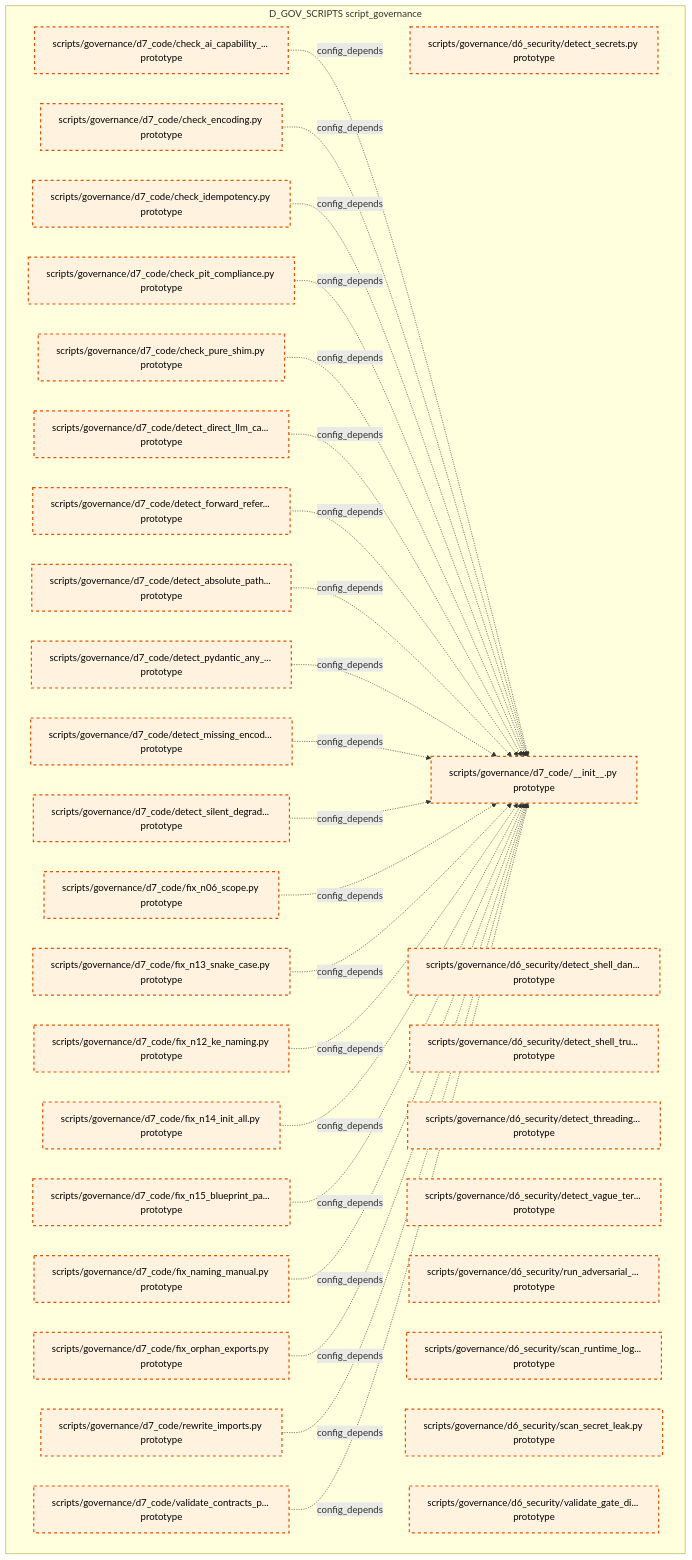
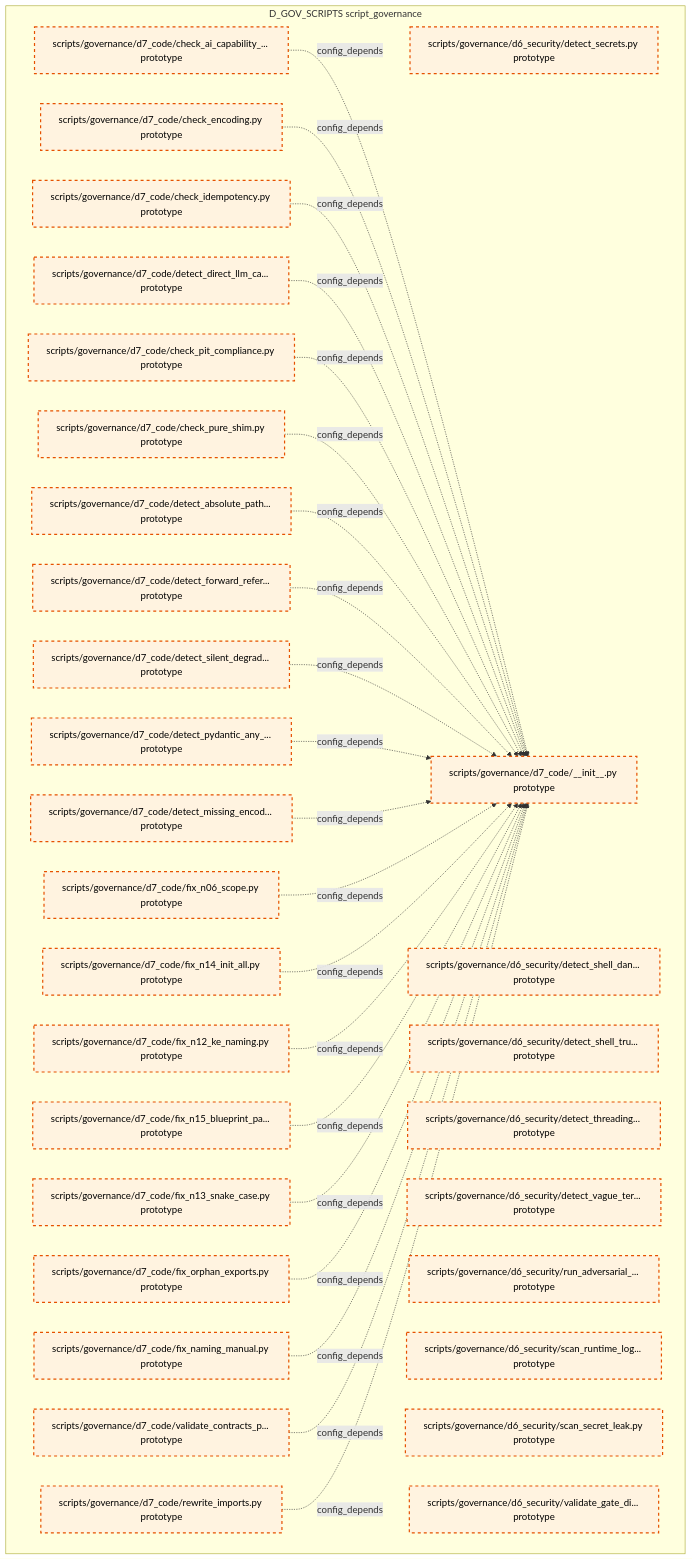
One commit to xuanFelixVan/ZephyrAlpha changed the tenth of 15 diagrams in docs/02_enterprise_architecture/02_domain_architecture_docs/36_d_gov_scripts.md. Above: the diagram before and after it, drawn with Mermaid. The commit also changed other lines of this file and 99 other files, not shown here.

````diff
--- a/docs/02_enterprise_architecture/02_domain_architecture_docs/36_d_gov_scripts.md
+++ b/docs/02_enterprise_architecture/02_domain_architecture_docs/36_d_gov_scripts.md
@@ -686,60 +687,60 @@
 ```mermaid
 graph TD
     subgraph D_GOV_SCRIPTS["D_GOV_SCRIPTS script_governance"]
         scripts_governance_d6_security_detect_secrets_py["scripts/governance/d6_security/detect_secrets.py prototype"]
         scripts_governance_d6_security_detect_shell_dangerous_py["scripts/governance/d6_security/detect_shell_dan... prototype"]
         scripts_governance_d6_security_detect_shell_true_py["scripts/governance/d6_security/detect_shell_tru... prototype"]
         scripts_governance_d6_security_detect_threading_lock_py["scripts/governance/d6_security/detect_threading... prototype"]
         scripts_governance_d6_security_detect_vague_terms_py["scripts/governance/d6_security/detect_vague_ter... prototype"]
         scripts_governance_d6_security_run_adversarial_checks_py["scripts/governance/d6_security/run_adversarial_... prototype"]
         scripts_governance_d6_security_scan_runtime_log_secrets_py["scripts/governance/d6_security/scan_runtime_log... prototype"]
         scripts_governance_d6_security_scan_secret_leak_py["scripts/governance/d6_security/scan_secret_leak.py prototype"]
         scripts_governance_d6_security_validate_gate_discipline_py["scripts/governance/d6_security/validate_gate_di... prototype"]
         scripts_governance_d7_code_init_py["scripts/governance/d7_code/__init__.py prototype"]
         scripts_governance_d7_code_check_ai_capability_boundary_py["scripts/governance/d7_code/check_ai_capability_... prototype"]
         scripts_governance_d7_code_check_encoding_py["scripts/governance/d7_code/check_encoding.py prototype"]
         scripts_governance_d7_code_check_idempotency_py["scripts/governance/d7_code/check_idempotency.py prototype"]
         scripts_governance_d7_code_check_pit_compliance_py["scripts/governance/d7_code/check_pit_compliance.py prototype"]
         scripts_governance_d7_code_check_pure_shim_py["scripts/governance/d7_code/check_pure_shim.py prototype"]
         scripts_governance_d7_code_detect_absolute_path_hardcoding_py["scripts/governance/d7_code/detect_absolute_path... prototype"]
         scripts_governance_d7_code_detect_direct_llm_calls_py["scripts/governance/d7_code/detect_direct_llm_ca... prototype"]
         scripts_governance_d7_code_detect_forward_reference_py["scripts/governance/d7_code/detect_forward_refer... prototype"]
         scripts_governance_d7_code_detect_missing_encoding_py["scripts/governance/d7_code/detect_missing_encod... prototype"]
         scripts_governance_d7_code_detect_pydantic_any_fields_py["scripts/governance/d7_code/detect_pydantic_any_... prototype"]
         scripts_governance_d7_code_detect_silent_degradation_py["scripts/governance/d7_code/detect_silent_degrad... prototype"]
         scripts_governance_d7_code_fix_n06_scope_py["scripts/governance/d7_code/fix_n06_scope.py prototype"]
         scripts_governance_d7_code_fix_n12_ke_naming_py["scripts/governance/d7_code/fix_n12_ke_naming.py prototype"]
         scripts_governance_d7_code_fix_n13_snake_case_py["scripts/governance/d7_code/fix_n13_snake_case.py prototype"]
         scripts_governance_d7_code_fix_n14_init_all_py["scripts/governance/d7_code/fix_n14_init_all.py prototype"]
         scripts_governance_d7_code_fix_n15_blueprint_path_py["scripts/governance/d7_code/fix_n15_blueprint_pa... prototype"]
         scripts_governance_d7_code_fix_naming_manual_py["scripts/governance/d7_code/fix_naming_manual.py prototype"]
         scripts_governance_d7_code_fix_orphan_exports_py["scripts/governance/d7_code/fix_orphan_exports.py prototype"]
         scripts_governance_d7_code_rewrite_imports_py["scripts/governance/d7_code/rewrite_imports.py prototype"]
         scripts_governance_d7_code_validate_contracts_purity_py["scripts/governance/d7_code/validate_contracts_p... prototype"]
     end
     scripts_governance_d7_code_check_ai_capability_boundary_py -.->|config_depends| scripts_governance_d7_code_init_py
     scripts_governance_d7_code_check_encoding_py -.->|config_depends| scripts_governance_d7_code_init_py
     scripts_governance_d7_code_check_idempotency_py -.->|config_depends| scripts_governance_d7_code_init_py
+    scripts_governance_d7_code_detect_direct_llm_calls_py -.->|config_depends| scripts_governance_d7_code_init_py
     scripts_governance_d7_code_check_pit_compliance_py -.->|config_depends| scripts_governance_d7_code_init_py
     scripts_governance_d7_code_check_pure_shim_py -.->|config_depends| scripts_governance_d7_code_init_py
-    scripts_governance_d7_code_detect_direct_llm_calls_py -.->|config_depends| scripts_governance_d7_code_init_py
+    scripts_governance_d7_code_detect_absolute_path_hardcoding_py -.->|config_depends| scripts_governance_d7_code_init_py
     scripts_governance_d7_code_detect_forward_reference_py -.->|config_depends| scripts_governance_d7_code_init_py
-    scripts_governance_d7_code_detect_absolute_path_hardcoding_py -.->|config_depends| scripts_governance_d7_code_init_py
+    scripts_governance_d7_code_detect_silent_degradation_py -.->|config_depends| scripts_governance_d7_code_init_py
     scripts_governance_d7_code_detect_pydantic_any_fields_py -.->|config_depends| scripts_governance_d7_code_init_py
     scripts_governance_d7_code_detect_missing_encoding_py -.->|config_depends| scripts_governance_d7_code_init_py
-    scripts_governance_d7_code_detect_silent_degradation_py -.->|config_depends| scripts_governance_d7_code_init_py
     scripts_governance_d7_code_fix_n06_scope_py -.->|config_depends| scripts_governance_d7_code_init_py
+    scripts_governance_d7_code_fix_n14_init_all_py -.->|config_depends| scripts_governance_d7_code_init_py
+    scripts_governance_d7_code_fix_n12_ke_naming_py -.->|config_depends| scripts_governance_d7_code_init_py
+    scripts_governance_d7_code_fix_n15_blueprint_path_py -.->|config_depends| scripts_governance_d7_code_init_py
     scripts_governance_d7_code_fix_n13_snake_case_py -.->|config_depends| scripts_governance_d7_code_init_py
-    scripts_governance_d7_code_fix_n12_ke_naming_py -.->|config_depends| scripts_governance_d7_code_init_py
-    scripts_governance_d7_code_fix_n14_init_all_py -.->|config_depends| scripts_governance_d7_code_init_py
-    scripts_governance_d7_code_fix_n15_blueprint_path_py -.->|config_depends| scripts_governance_d7_code_init_py
+    scripts_governance_d7_code_fix_orphan_exports_py -.->|config_depends| scripts_governance_d7_code_init_py
     scripts_governance_d7_code_fix_naming_manual_py -.->|config_depends| scripts_governance_d7_code_init_py
-    scripts_governance_d7_code_fix_orphan_exports_py -.->|config_depends| scripts_governance_d7_code_init_py
+    scripts_governance_d7_code_validate_contracts_purity_py -.->|config_depends| scripts_governance_d7_code_init_py
     scripts_governance_d7_code_rewrite_imports_py -.->|config_depends| scripts_governance_d7_code_init_py
-    scripts_governance_d7_code_validate_contracts_purity_py -.->|config_depends| scripts_governance_d7_code_init_py
     classDef production fill:#e1f5fe,stroke:#01579b,stroke-width:2px,color:#000
     classDef design fill:#fff3e0,stroke:#e65100,stroke-width:2px,color:#000,stroke-dasharray: 5 5
     classDef external_prod fill:#e8f5e9,stroke:#1b5e20,stroke-width:1px,color:#000
     classDef external_design fill:#fce4ec,stroke:#880e4f,stroke-width:1px,color:#000,stroke-dasharray: 5 5
     class scripts_governance_d6_security_detect_secrets_py,scripts_governance_d6_security_detect_shell_dangerous_py,scripts_governance_d6_security_detect_shell_true_py,scripts_governance_d6_security_detect_threading_lock_py,scripts_governance_d6_security_detect_vague_terms_py,scripts_governance_d6_security_run_adversarial_checks_py,scripts_governance_d6_security_scan_runtime_log_secrets_py,scripts_governance_d6_security_scan_secret_leak_py,scripts_governance_d6_security_validate_gate_discipline_py,scripts_governance_d7_code_init_py,scripts_governance_d7_code_check_ai_capability_boundary_py,scripts_governance_d7_code_check_encoding_py,scripts_governance_d7_code_check_idempotency_py,scripts_governance_d7_code_check_pit_compliance_py,scripts_governance_d7_code_check_pure_shim_py,scripts_governance_d7_code_detect_absolute_path_hardcoding_py,scripts_governance_d7_code_detect_direct_llm_calls_py,scripts_governance_d7_code_detect_forward_reference_py,scripts_governance_d7_code_detect_missing_encoding_py,scripts_governance_d7_code_detect_pydantic_any_fields_py,scripts_governance_d7_code_detect_silent_degradation_py,scripts_governance_d7_code_fix_n06_scope_py,scripts_governance_d7_code_fix_n12_ke_naming_py,scripts_governance_d7_code_fix_n13_snake_case_py,scripts_governance_d7_code_fix_n14_init_all_py,scripts_governance_d7_code_fix_n15_blueprint_path_py,scripts_governance_d7_code_fix_naming_manual_py,scripts_governance_d7_code_fix_orphan_exports_py,scripts_governance_d7_code_rewrite_imports_py,scripts_governance_d7_code_validate_contracts_purity_py design
 ```
````
